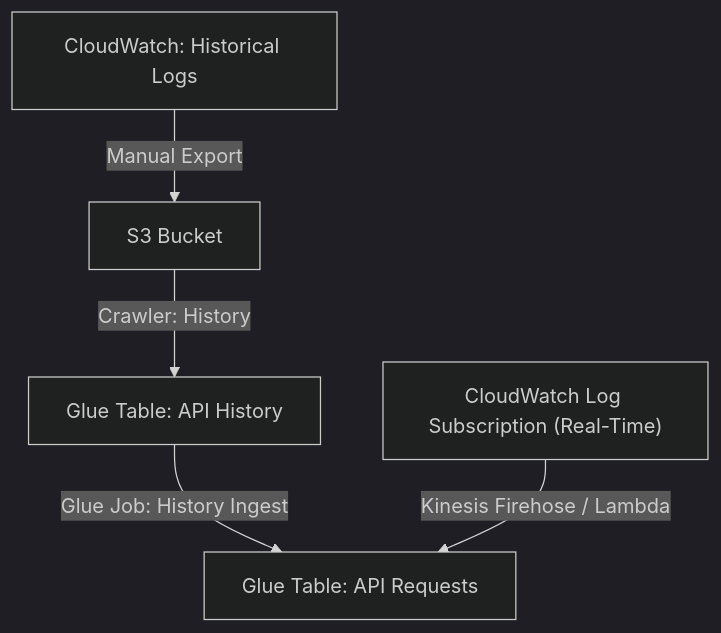
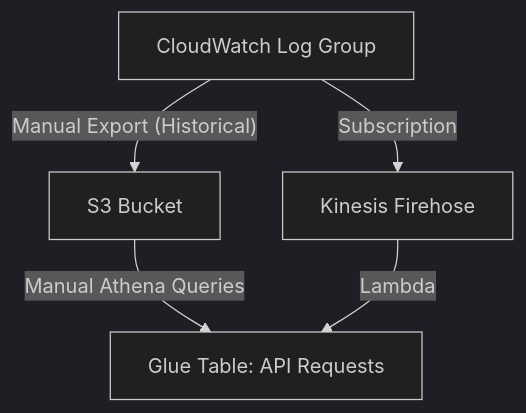
The first of 2 diagrams in insights/terraform/projects/bfd/README.md (CMSgov/beneficiary-fhir-data), drawn with Mermaid (dark theme) before and after one commit. The commit also changed other lines of this file and 3 other files, not shown here.

````diff
--- a/insights/terraform/projects/bfd/README.md
+++ b/insights/terraform/projects/bfd/README.md
@@ -41,8 +41,8 @@
 ```mermaid
 flowchart TB
-    CloudWatch["CloudWatch: Historical Logs"] -->|Manual Export| S3["S3 Bucket"]
-    S3 -->|Crawler: History| History["Glue Table: API History"]
-    History -->|Glue Job: History Ingest| APIRequests["Glue Table: API Requests"]
+    CloudWatch["CloudWatch Log Group"] -->|"Manual Export (Historical)"| S3["S3 Bucket"]
+    S3 -->|Manual Athena Queries| APIRequests["Glue Table: API Requests"]
 
-    LogSubscription["CloudWatch Log Subscription (Real-Time)"] -->|"Kinesis Firehose / Lambda"| APIRequests
+    CloudWatch -->|"Subscription"| Kinesis["Kinesis Firehose"]
+    Kinesis -->|Lambda| APIRequests
 ```
````
